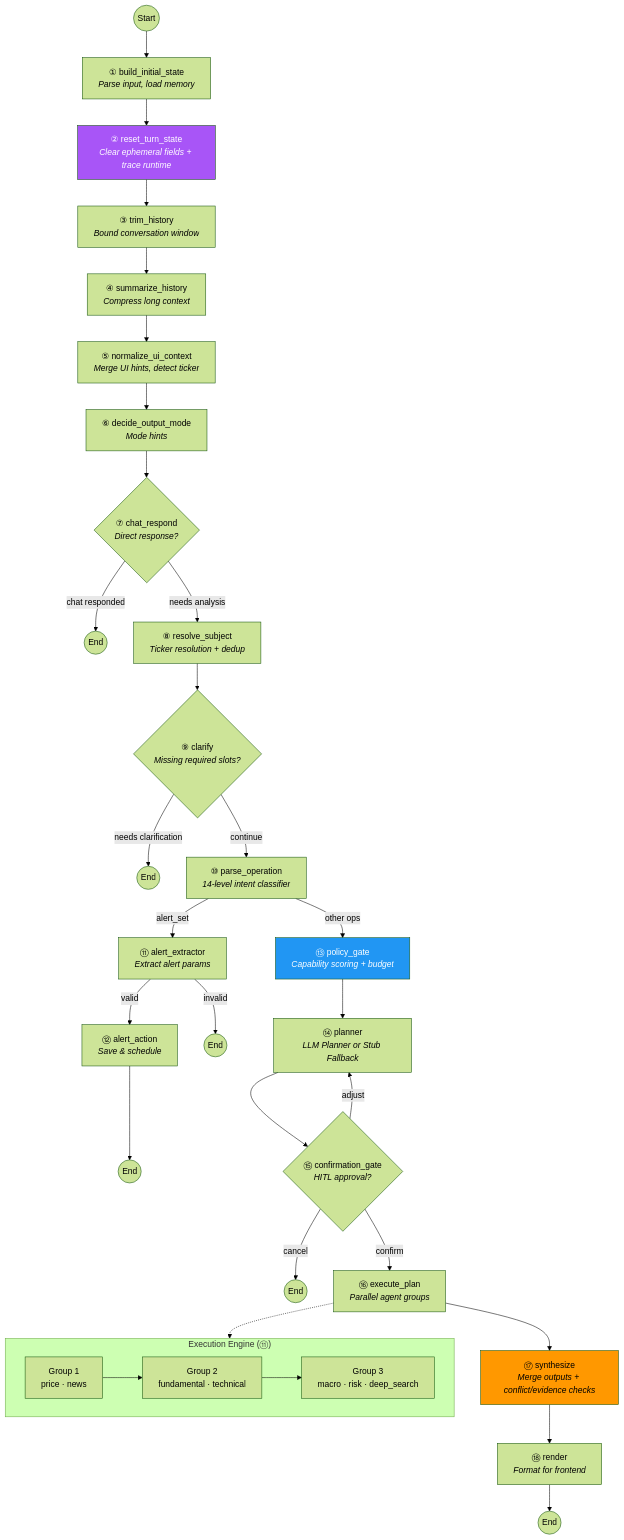
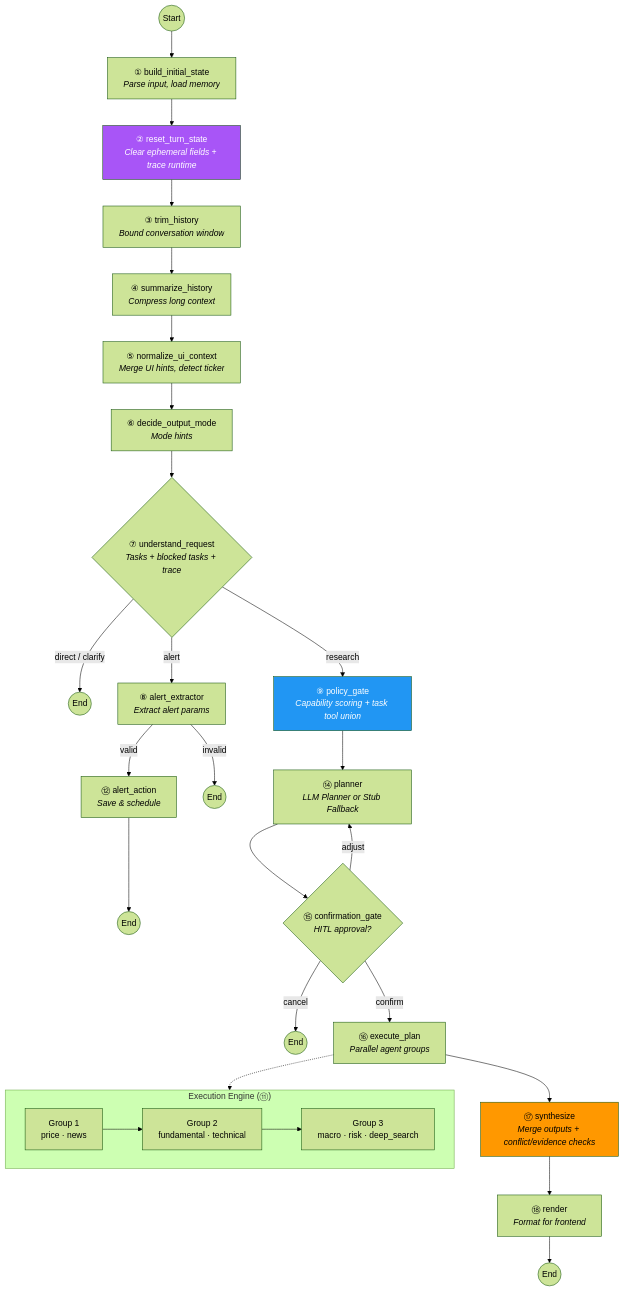
One commit to kkkano/FinSight changed the second of 7 diagrams in readme.md. Above: the diagram before and after it, drawn with Mermaid (forest theme). The commit also changed other lines of this file and 14 other files, not shown here.

````diff
--- a/readme.md
+++ b/readme.md
@@ -255,45 +255,39 @@
 ```mermaid
 flowchart TD
     START((Start)) --> INIT["① build_initial_state<br/><i>Parse input, load memory</i>"]
     INIT --> RESET["② reset_turn_state<br/><i>Clear ephemeral fields + trace runtime</i>"]
     RESET --> TRIM["③ trim_history<br/><i>Bound conversation window</i>"]
     TRIM --> SUMMARY["④ summarize_history<br/><i>Compress long context</i>"]
     SUMMARY --> CTX["⑤ normalize_ui_context<br/><i>Merge UI hints, detect ticker</i>"]
     CTX --> MODE["⑥ decide_output_mode<br/><i>Mode hints</i>"]
-    MODE --> CHAT{"⑦ chat_respond<br/><i>Direct response?</i>"}
+    MODE --> UNDERSTAND{"⑦ understand_request<br/><i>Tasks + blocked tasks + trace</i>"}
 
-    CHAT -->|"chat responded"| END_CHAT((End))
-    CHAT -->|"needs analysis"| SUBJ["⑧ resolve_subject<br/><i>Ticker resolution + dedup</i>"]
-
-    SUBJ --> CLARIFY{"⑨ clarify<br/><i>Missing required slots?</i>"}
-    CLARIFY -->|"needs clarification"| END_CLARIFY((End))
-    CLARIFY -->|"continue"| PARSE["⑩ parse_operation<br/><i>14-level intent classifier</i>"]
-
-    PARSE -->|"alert_set"| ALERT_EX["⑪ alert_extractor<br/><i>Extract alert params</i>"]
+    UNDERSTAND -->|"direct / clarify"| END_CHAT((End))
+    UNDERSTAND -->|"alert"| ALERT_EX["⑧ alert_extractor<br/><i>Extract alert params</i>"]
     ALERT_EX -->|"valid"| ALERT_ACT["⑫ alert_action<br/><i>Save & schedule</i>"]
     ALERT_EX -->|"invalid"| END_ALERT_INVALID((End))
     ALERT_ACT --> END_ALERT((End))
-    PARSE -->|"other ops"| POLICY["⑬ policy_gate<br/><i>Capability scoring + budget</i>"]
+    UNDERSTAND -->|"research"| POLICY["⑨ policy_gate<br/><i>Capability scoring + task tool union</i>"]
     POLICY --> PLAN["⑭ planner<br/><i>LLM Planner or Stub Fallback</i>"]
 
     PLAN --> CONFIRM{"⑮ confirmation_gate<br/><i>HITL approval?</i>"}
     CONFIRM -->|"cancel"| END_CANCEL((End))
     CONFIRM -->|"adjust"| PLAN
     CONFIRM -->|"confirm"| EXEC["⑯ execute_plan<br/><i>Parallel agent groups</i>"]
 
     EXEC --> SYNTH["⑰ synthesize<br/><i>Merge outputs + conflict/evidence checks</i>"]
     SYNTH --> RENDER["⑱ render<br/><i>Format for frontend</i>"]
     RENDER --> END((End))
 
     subgraph "Execution Engine (⑪)"
         direction LR
         EG1["Group 1<br/>price · news"] --> EG2["Group 2<br/>fundamental · technical"]
         EG2 --> EG3["Group 3<br/>macro · risk · deep_search"]
     end
 
     EXEC -.-> EG1
 
     style RESET fill:#a855f7,color:#fff
     style SYNTH fill:#ff9800,color:#000
     style POLICY fill:#2196f3,color:#fff
 ```
````
